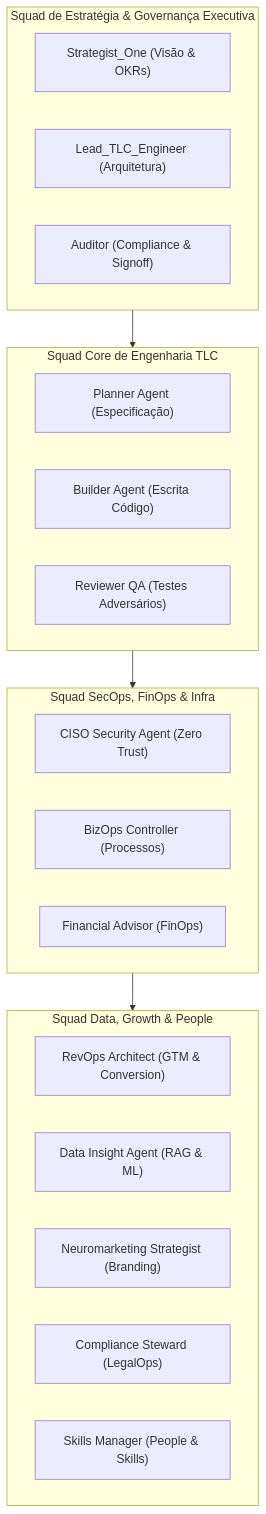
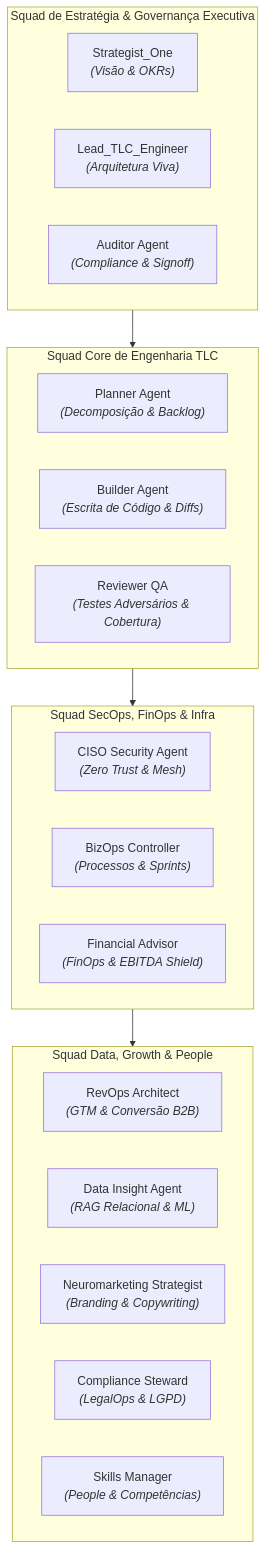
Before and after one commit to EnterDufter/PromptCoreLabs_AEOS: the first of 2 diagrams in projects/Living Architecture PCL AEOS/docs/agents-squads/README.md, drawn with Mermaid. The commit also changed other lines of this file and 2 other files, not shown here.

Commit message:
docs(standards): registra Padrão Oficial de Legibilidade/Impressão, normaliza escala no CSS (100% largura) e ajusta diagramas de agentes (fontes maiores e Org Chart vertical)

````diff
--- a/projects/Living Architecture PCL AEOS/docs/agents-squads/README.md
+++ b/projects/Living Architecture PCL AEOS/docs/agents-squads/README.md
@@ -15,32 +15,32 @@
 ```mermaid
 graph TD
     subgraph StratSquad["Squad de Estratégia & Governança Executiva"]
-        S1["Strategist_One (Visão & OKRs)"]
-        LEAD["Lead_TLC_Engineer (Arquitetura)"]
-        AUD["Auditor (Compliance & Signoff)"]
+        S1["Strategist_One<br/><i>(Visão & OKRs)</i>"]
+        LEAD["Lead_TLC_Engineer<br/><i>(Arquitetura Viva)</i>"]
+        AUD["Auditor Agent<br/><i>(Compliance & Signoff)</i>"]
     end
 
     subgraph CoreSquad["Squad Core de Engenharia TLC"]
-        PLN["Planner Agent (Especificação)"]
-        BLD["Builder Agent (Escrita Código)"]
-        QA["Reviewer QA (Testes Adversários)"]
+        PLN["Planner Agent<br/><i>(Decomposição & Backlog)</i>"]
+        BLD["Builder Agent<br/><i>(Escrita de Código & Diffs)</i>"]
+        QA["Reviewer QA<br/><i>(Testes Adversários & Cobertura)</i>"]
     end
 
     subgraph SecOpsSquad["Squad SecOps, FinOps & Infra"]
-        CISO["CISO Security Agent (Zero Trust)"]
-        BIZ["BizOps Controller (Processos)"]
-        FIN["Financial Advisor (FinOps)"]
+        CISO["CISO Security Agent<br/><i>(Zero Trust & Mesh)</i>"]
+        BIZ["BizOps Controller<br/><i>(Processos & Sprints)</i>"]
+        FIN["Financial Advisor<br/><i>(FinOps & EBITDA Shield)</i>"]
     end
 
     subgraph GrowthDataSquad["Squad Data, Growth & People"]
-        REV["RevOps Architect (GTM & Conversion)"]
-        DATA["Data Insight Agent (RAG & ML)"]
-        NEURO["Neuromarketing Strategist (Branding)"]
-        COMP["Compliance Steward (LegalOps)"]
-        SKILL["Skills Manager (People & Skills)"]
+        REV["RevOps Architect<br/><i>(GTM & Conversão B2B)</i>"]
+        DATA["Data Insight Agent<br/><i>(RAG Relacional & ML)</i>"]
+        NEURO["Neuromarketing Strategist<br/><i>(Branding & Copywriting)</i>"]
+        COMP["Compliance Steward<br/><i>(LegalOps & LGPD)</i>"]
+        SKILL["Skills Manager<br/><i>(People & Competências)</i>"]
     end
 
     StratSquad --> CoreSquad
     CoreSquad --> SecOpsSquad
     SecOpsSquad --> GrowthDataSquad
 ```
````
